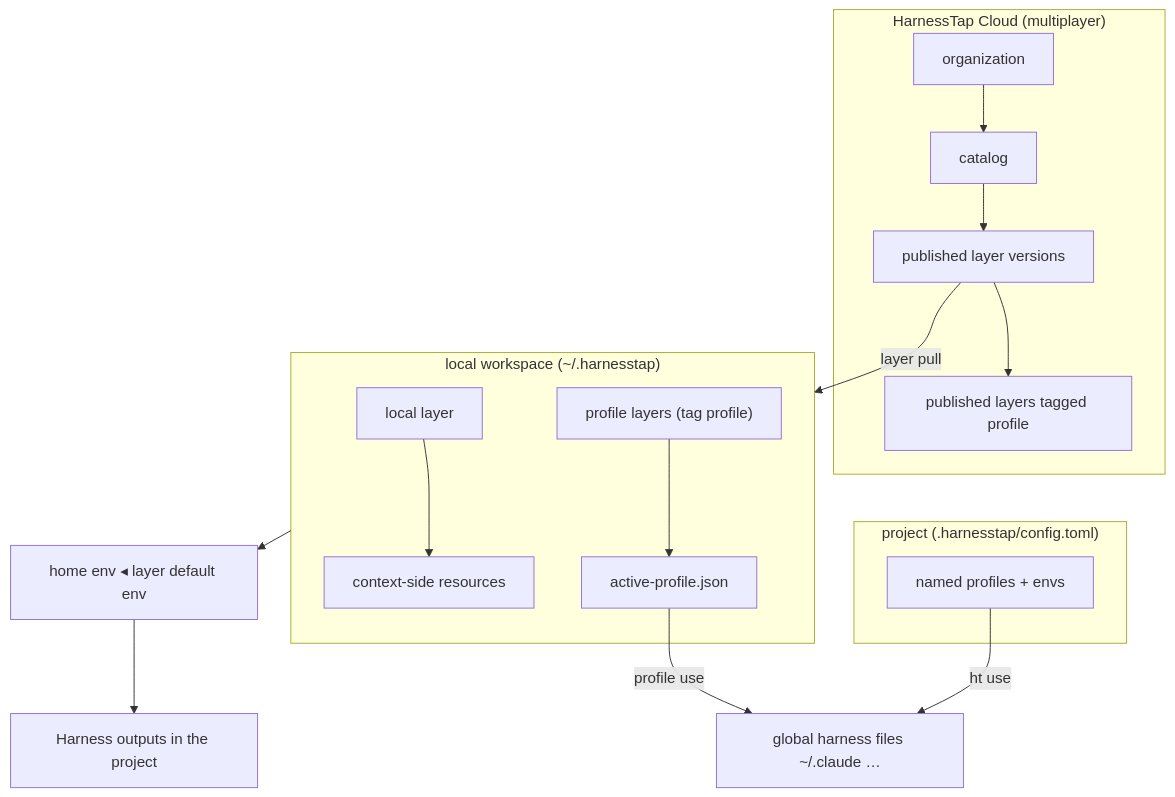
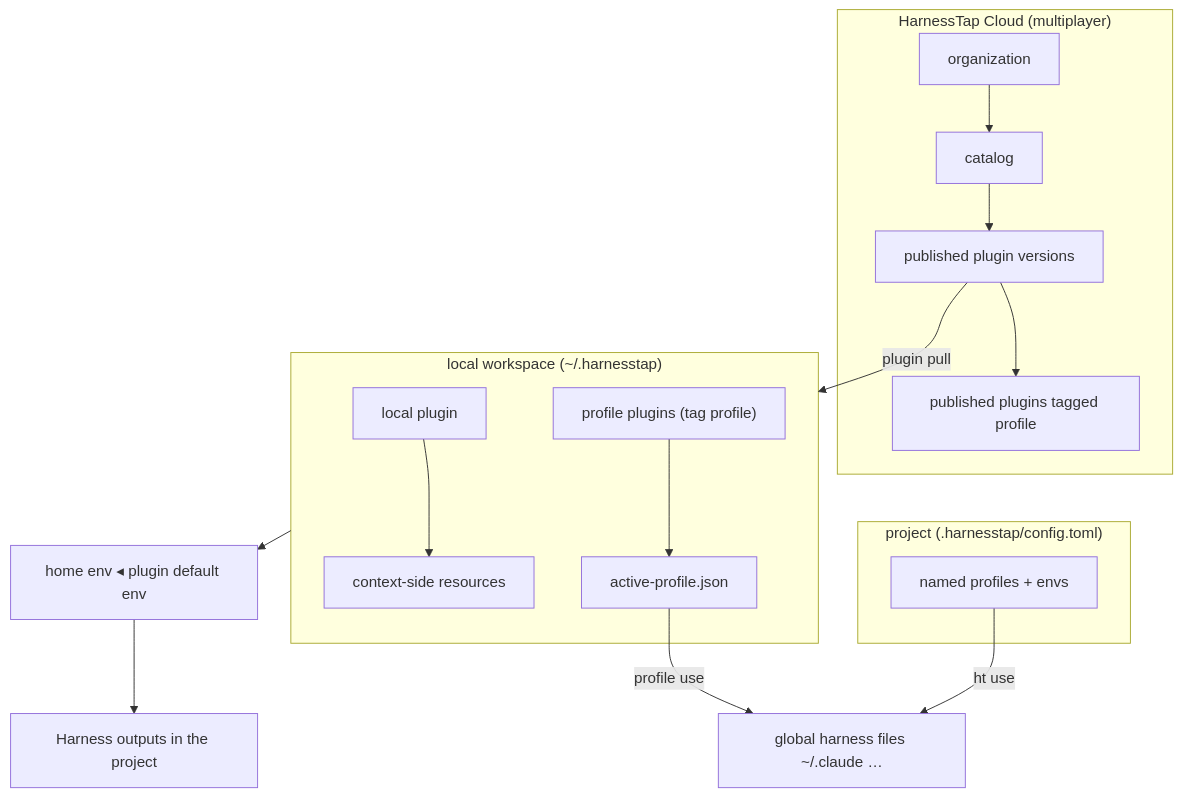
The diagram in SPEC.md (harnesstap/harnesstap), drawn with Mermaid before and after one commit. The commit also changed other lines of this file and 69 other files, not shown here.

Commit message:
docs: rename layer to plugin across docs, scenarios, and root files

````diff
--- a/SPEC.md
+++ b/SPEC.md
@@ -33,30 +33,30 @@
 ```mermaid
 flowchart TB
   subgraph Cloud["HarnessTap Cloud (multiplayer)"]
     Org[organization]
     Cat[catalog]
-    PubL[published layer versions]
-    PubP["published layers tagged profile"]
+    PubL[published plugin versions]
+    PubP["published plugins tagged profile"]
     Org --> Cat --> PubL
     PubL --> PubP
   end
 
   subgraph Workspace["local workspace (~/.harnesstap)"]
-    LL[local layer]
+    LL[local plugin]
     Res[context-side resources]
-    PL["profile layers (tag profile)"]
+    PL["profile plugins (tag profile)"]
     AP[active-profile.json]
     LL --> Res
     PL --> AP
   end
 
   subgraph Project["project (.harnesstap/config.toml)"]
     PC[named profiles + envs]
   end
 
-  PubL -->|layer pull| Workspace
-  Workspace --> Cascade["home env ◂ layer default env"]
+  PubL -->|plugin pull| Workspace
+  Workspace --> Cascade["home env ◂ plugin default env"]
   AP -->|profile use| Global["global harness files ~/.claude …"]
   PC -->|ht use| Global
   Cascade --> Out[Harness outputs in the project]
 ```
````
